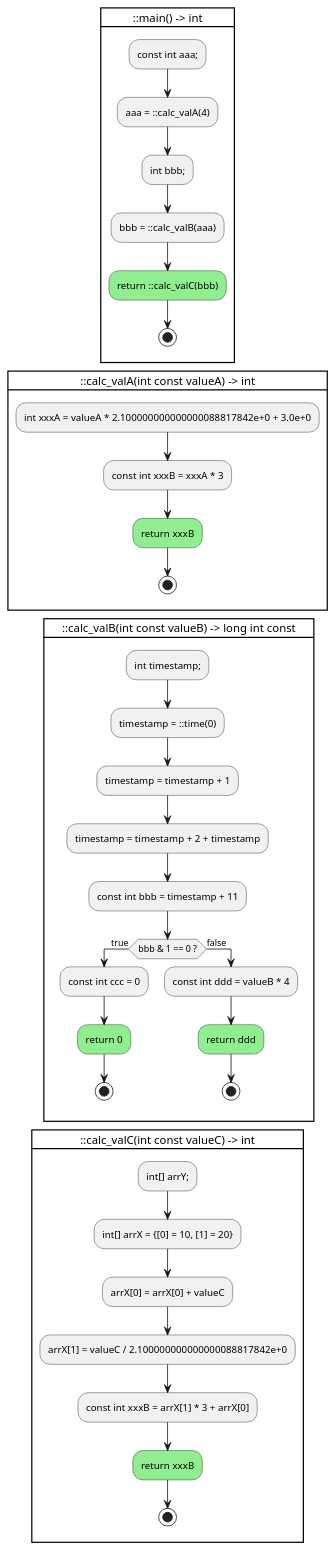
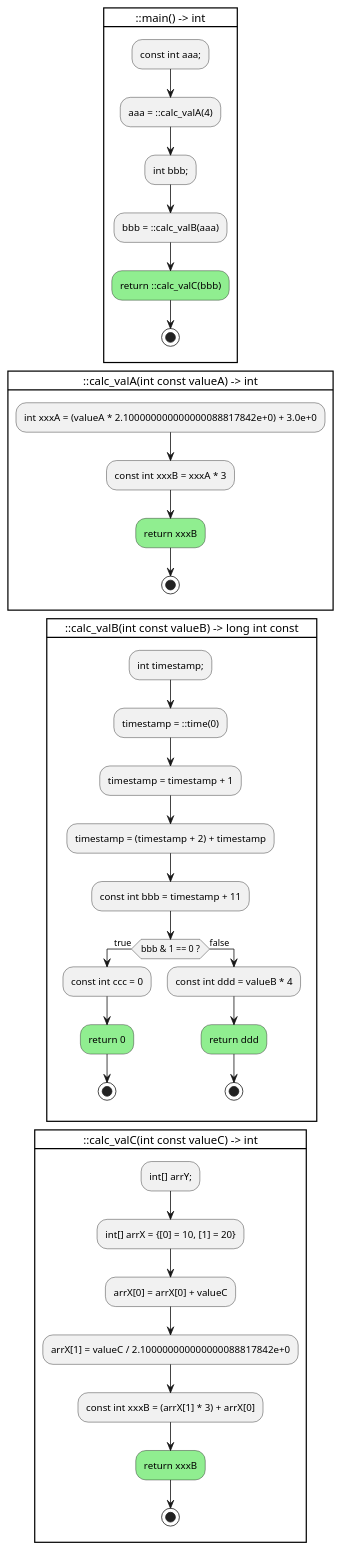
The diagram in examples/ctrlflowgraph/ctrl_main.cpp.puml (anetczuk/gcc-uml), drawn with PlantUML before and after one commit. The commit also changed 9 other files, not shown here.

```diff
--- a/examples/ctrlflowgraph/ctrl_main.cpp.puml
+++ b/examples/ctrlflowgraph/ctrl_main.cpp.puml
@@ -1,51 +1,51 @@
 @startuml
 
 card "::main() -> int" {
     :const int aaa;;
     :aaa = ::calc_valA(4);
     :int bbb;;
     :bbb = ::calc_valB(aaa);
     #lightgreen:return ::calc_valC(bbb);
     stop
     -[hidden]->
 }
 
 card "::calc_valA(int const valueA) -> int" {
-    :int xxxA = valueA * 2.100000000000000088817842e+0 + 3.0e+0;
+    :int xxxA = (valueA * 2.100000000000000088817842e+0) + 3.0e+0;
     :const int xxxB = xxxA * 3;
     #lightgreen:return xxxB;
     stop
     -[hidden]->
 }
 
 card "::calc_valB(int const valueB) -> long int const" {
     :int timestamp;;
     :timestamp = ::time(0);
     :timestamp = timestamp + 1;
-    :timestamp = timestamp + 2 + timestamp;
+    :timestamp = (timestamp + 2) + timestamp;
     :const int bbb = timestamp + 11;
     if (bbb & 1 == 0 ?) then (true)
         :const int ccc = 0;
         #lightgreen:return 0;
         stop
     else (false)
         :const int ddd = valueB * 4;
         #lightgreen:return ddd;
         stop
     endif
     -[hidden]->
 }
 
 card "::calc_valC(int const valueC) -> int" {
     :int[] arrY;;
     :int[] arrX = {[0] = 10, [1] = 20};
     :arrX[0] = arrX[0] + valueC;
     :arrX[1] = valueC / 2.100000000000000088817842e+0;
-    :const int xxxB = arrX[1] * 3 + arrX[0];
+    :const int xxxB = (arrX[1] * 3) + arrX[0];
     #lightgreen:return xxxB;
     stop
     -[hidden]->
 }
 
 
 @enduml
```
